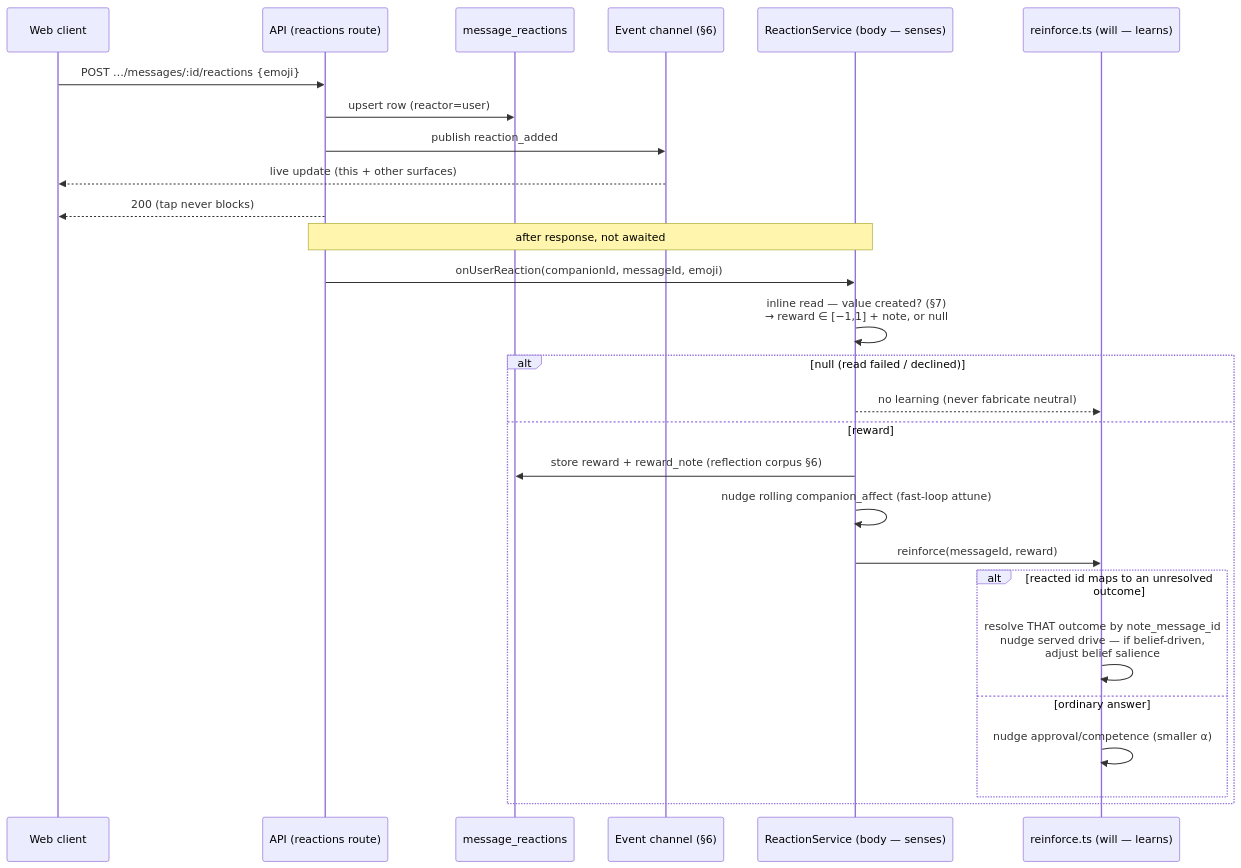
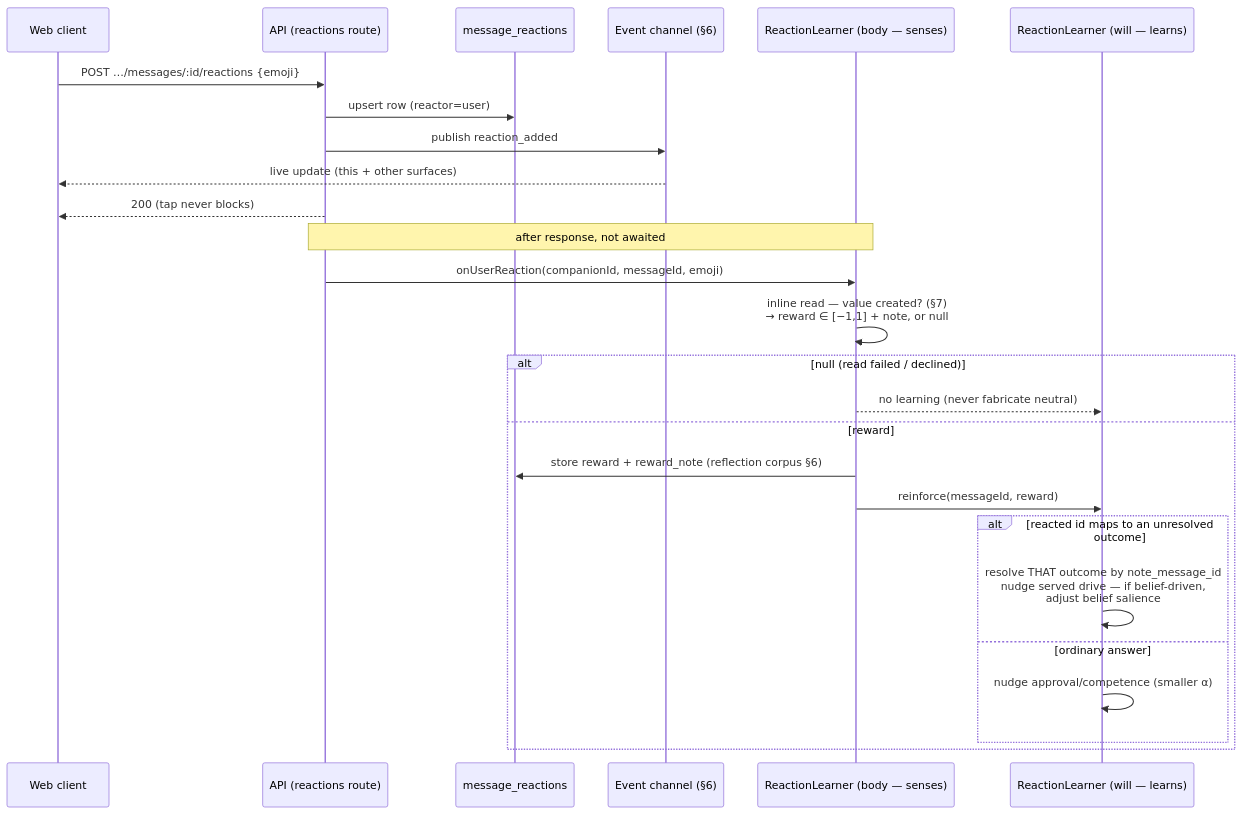
The second of 5 diagrams in docs/companion-reactions.md (CobbleStamp/CobbleCompanion), drawn with Mermaid before and after one commit. The commit also changed other lines of this file and 22 other files, not shown here.

````diff
--- a/docs/companion-reactions.md
+++ b/docs/companion-reactions.md
@@ -84,30 +84,29 @@
 ```mermaid
 sequenceDiagram
     participant C as Web client
     participant API as API (reactions route)
     participant DB as message_reactions
     participant CH as Event channel (§6)
-    participant R as ReactionService (body — senses)
-    participant W as reinforce.ts (will — learns)
+    participant R as ReactionLearner (body — senses)
+    participant W as ReactionLearner (will — learns)
 
     C->>API: POST …/messages/:id/reactions {emoji}
     API->>DB: upsert row (reactor=user)
     API->>CH: publish reaction_added
     CH-->>C: live update (this + other surfaces)
     API-->>C: 200 (tap never blocks)
     Note over API,R: after response, not awaited
     API->>R: onUserReaction(companionId, messageId, emoji)
     R->>R: inline read — value created? (§7)<br/>→ reward ∈ [−1,1] + note, or null
     alt null (read failed / declined)
         R-->>W: no learning (never fabricate neutral)
     else reward
         R->>DB: store reward + reward_note (reflection corpus §6)
-        R->>R: nudge rolling companion_affect (fast-loop attune)
         R->>W: reinforce(messageId, reward)
         alt reacted id maps to an unresolved outcome
             W->>W: resolve THAT outcome by note_message_id<br/>nudge served drive — if belief-driven,<br/>adjust belief salience
         else ordinary answer
             W->>W: nudge approval/competence (smaller α)
         end
     end
 ```
````
